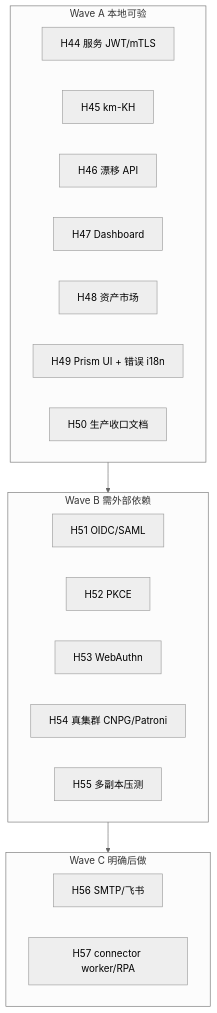
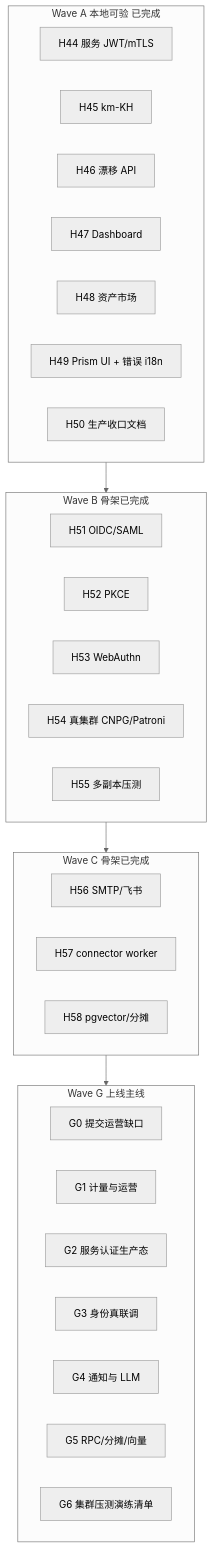
Before and after one commit to skyteam168/ai-asset-platform: the first of 2 diagrams in docs/ops/task.md, drawn with Mermaid (neutral theme). The commit also changed other lines of this file and 3 other files, not shown here.

````diff
--- a/docs/ops/task.md
+++ b/docs/ops/task.md
@@ -9,24 +11,34 @@
 ```mermaid
 flowchart TB
-  subgraph waveA [Wave A 本地可验]
+  subgraph waveA [Wave A 本地可验 已完成]
     H44[H44 服务 JWT/mTLS]
     H45[H45 km-KH]
     H46[H46 漂移 API]
     H47[H47 Dashboard]
     H48[H48 资产市场]
     H49[H49 Prism UI + 错误 i18n]
     H50[H50 生产收口文档]
   end
-  subgraph waveB [Wave B 需外部依赖]
+  subgraph waveB [Wave B 骨架已完成]
     H51[H51 OIDC/SAML]
     H52[H52 PKCE]
     H53[H53 WebAuthn]
     H54[H54 真集群 CNPG/Patroni]
     H55[H55 多副本压测]
   end
-  subgraph waveC [Wave C 明确后做]
+  subgraph waveC [Wave C 骨架已完成]
     H56[H56 SMTP/飞书]
-    H57[H57 connector worker/RPA]
+    H57[H57 connector worker]
+    H58[H58 pgvector/分摊]
   end
-  waveA --> waveB --> waveC
+  subgraph waveG [Wave G 上线主线]
+    G0[G0 提交运营缺口]
+    G1[G1 计量与运营]
+    G2[G2 服务认证生产态]
+    G3[G3 身份真联调]
+    G4[G4 通知与 LLM]
+    G5[G5 RPC/分摊/向量]
+    G6[G6 集群压测演练清单]
+  end
+  waveA --> waveB --> waveC --> waveG
 ```
````
